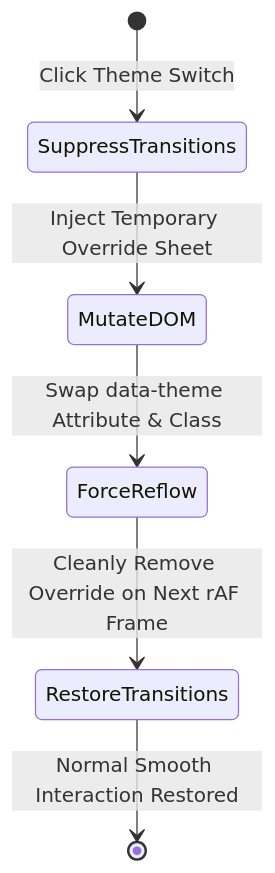
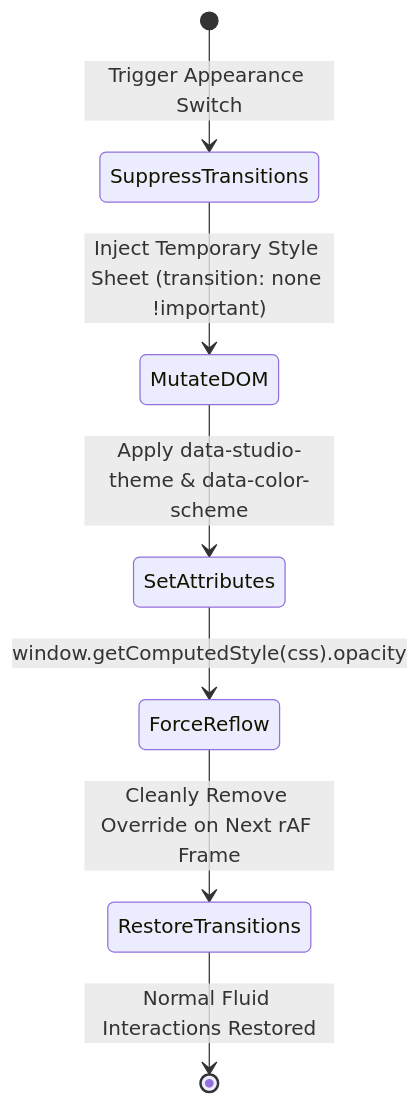
One commit to lxcario/PixiBun changed the third of 5 diagrams in DESIGN.md. Above: the diagram before and after it, drawn with Mermaid. The commit also changed other lines of this file and 7 other files, not shown here.

Commit message:
docs: overhaul repository documentation across architecture, design, logs, deep dive, and specs for v1.14.0

````diff
--- a/DESIGN.md
+++ b/DESIGN.md
@@ -85,8 +112,9 @@
 ```mermaid
 stateDiagram-v2
-    [*] --> SuppressTransitions: Click Theme Switch
-    SuppressTransitions --> MutateDOM: Inject Temporary Override Sheet
-    MutateDOM --> ForceReflow: Swap data-theme Attribute & Class
+    [*] --> SuppressTransitions: Trigger Appearance Switch
+    SuppressTransitions --> MutateDOM: Inject Temporary Style Sheet (transition: none !important)
+    MutateDOM --> SetAttributes: Apply data-studio-theme & data-color-scheme
+    SetAttributes --> ForceReflow: window.getComputedStyle(css).opacity
     ForceReflow --> RestoreTransitions: Cleanly Remove Override on Next rAF Frame
-    RestoreTransitions --> [*]: Normal Smooth Interaction Restored
+    RestoreTransitions --> [*]: Normal Fluid Interactions Restored
 ```
````
